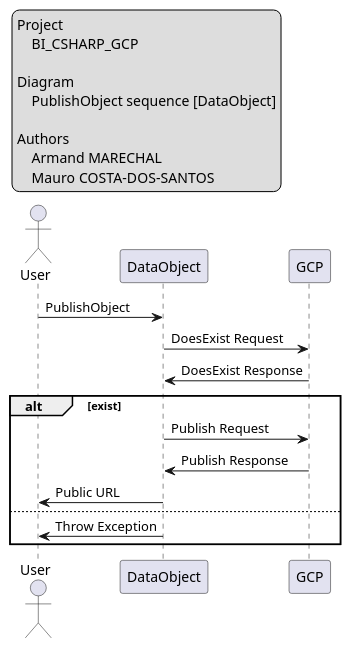
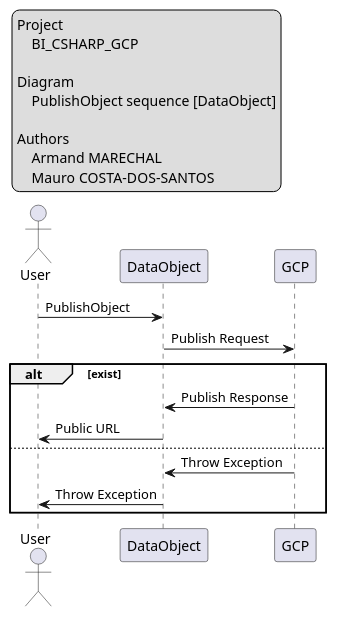
The diagram in doc/sequences/publish.puml (CPNV-ES-BI/BI_CSHARP_GCP), drawn with PlantUML before and after one commit.

Commit message:
Update Publish sequence according to review

```diff
--- a/doc/sequences/publish.puml
+++ b/doc/sequences/publish.puml
@@ -1,32 +1,30 @@
-@startuml DataObject_Create
+@startuml PublishObject
 
 legend top left
     Project
         BI_CSHARP_GCP
 
     Diagram
         PublishObject sequence [DataObject]
 
     Authors
         Armand MARECHAL
         Mauro COSTA-DOS-SANTOS 
 endlegend
 
 actor User
 
 participant "DataObject" as App
 participant "GCP" as GCP
 
 User -> App: PublishObject
-App -> GCP: DoesExist Request
-GCP -> App: DoesExist Response
+App -> GCP: Publish Request
 
 alt exist
-    App -> GCP: Publish Request
     GCP -> App: Publish Response
     App -> User: Public URL
 else
+    GCP -> App: Throw Exception
     App -> User: Throw Exception
 end
-
 @enduml
```
